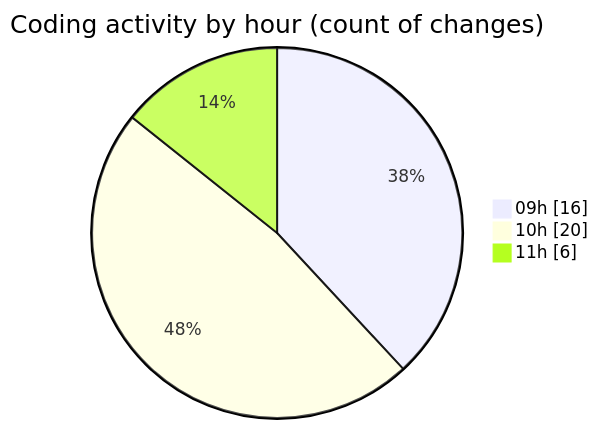
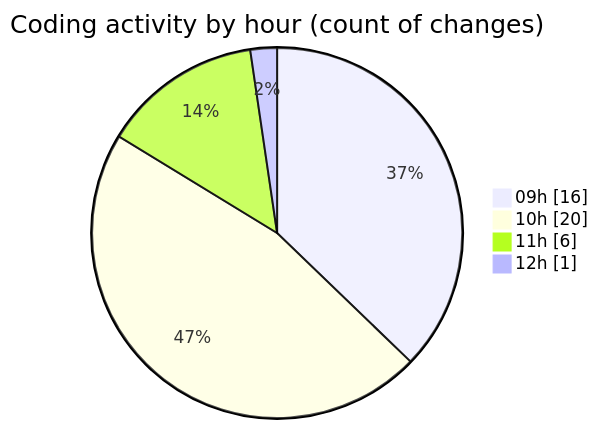
Before and after one commit to momahboobian/code-tracking: the second of 2 diagrams in 2025-05-16/cda/README.md, drawn with Mermaid. The commit also changed other lines of this file and 1 other file, not shown here.

````diff
--- a/2025-05-16/cda/README.md
+++ b/2025-05-16/cda/README.md
@@ -50,7 +51,8 @@
 ```mermaid
 pie showData
 title Coding activity by hour (count of changes)
 "09h" : 16
 "10h" : 20
 "11h" : 6
+"12h" : 1
 ```
````
